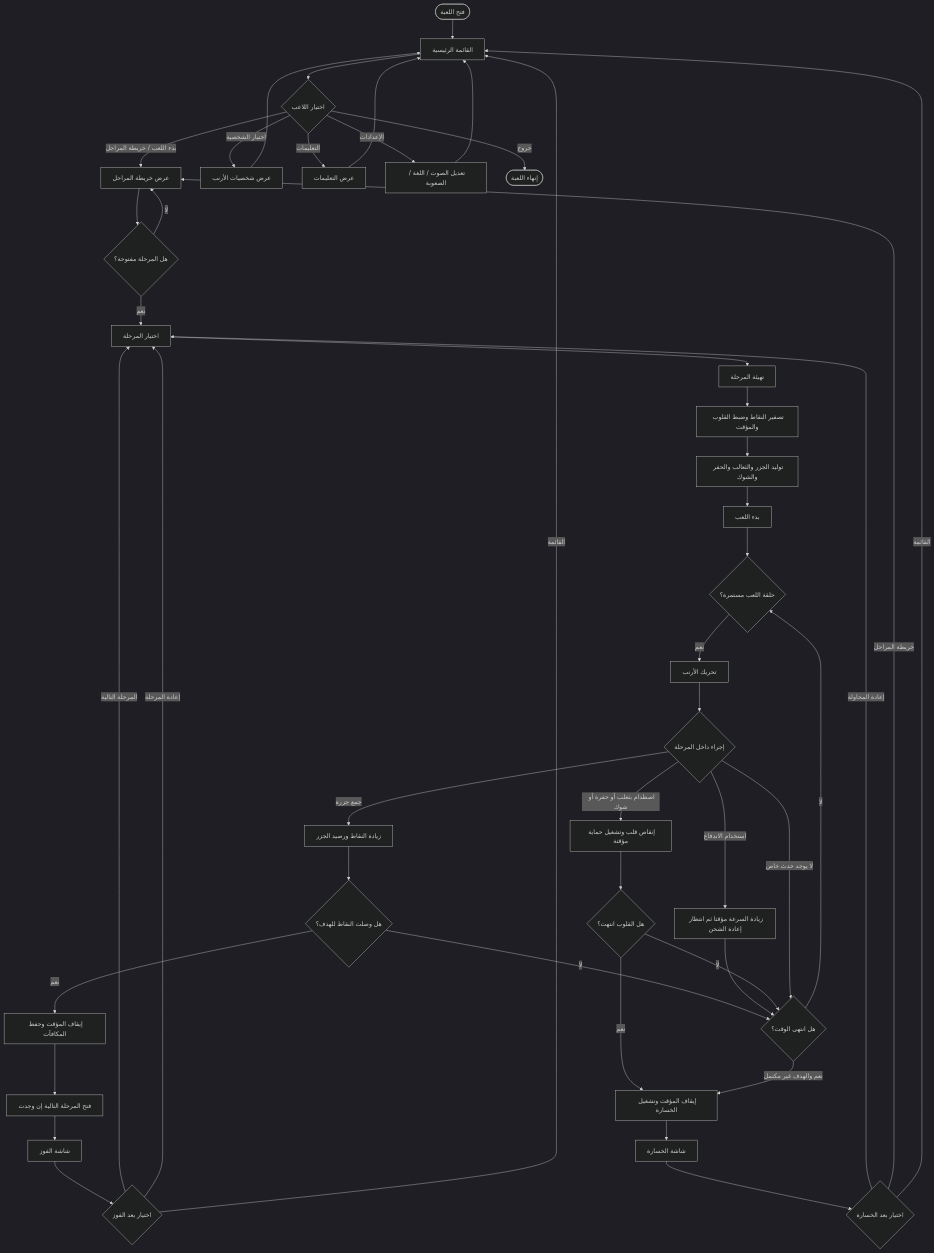
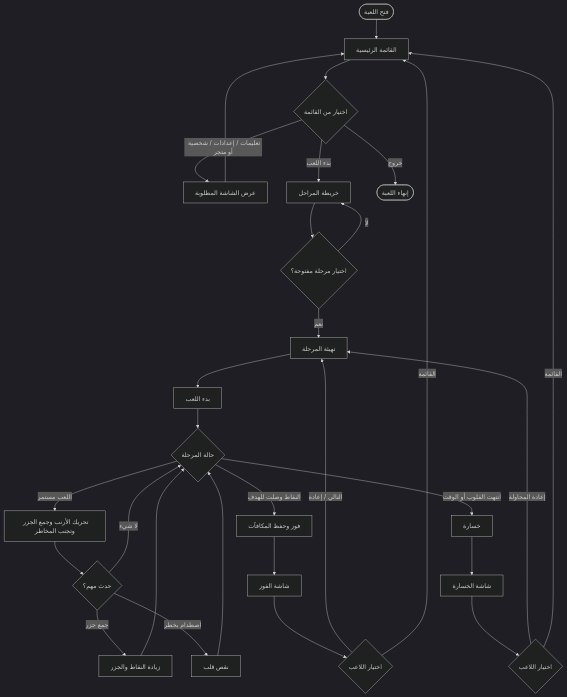
Before and after one commit to hamzabasem900-source/RUBBY: the first of 2 diagrams in ACTIVITY_DIAGRAM_AR.md, drawn with Mermaid (dark theme). The commit also changed other lines of this file, not shown here.

Commit message:
Simplify Arabic activity diagram

````diff
--- a/ACTIVITY_DIAGRAM_AR.md
+++ b/ACTIVITY_DIAGRAM_AR.md
@@ -23,59 +18,39 @@
 ```mermaid
 flowchart TD
     A([فتح اللعبة]) --> B[القائمة الرئيسية]
 
-    B --> C{اختيار اللاعب}
-    C -->|بدء اللعب / خريطة المراحل| D[عرض خريطة المراحل]
-    C -->|اختيار الشخصية| E[عرض شخصيات الأرنب]
-    C -->|التعليمات| F[عرض التعليمات]
-    C -->|الإعدادات| G[تعديل الصوت / اللغة / الصعوبة]
+    B --> C{اختيار من القائمة}
+    C -->|تعليمات / إعدادات / شخصية أو متجر| D[عرض الشاشة المطلوبة]
+    D --> B
+    C -->|بدء اللعب| E[خريطة المراحل]
     C -->|خروج| Z([إنهاء اللعبة])
 
-    E --> B
-    F --> B
-    G --> B
+    E --> F{اختيار مرحلة مفتوحة؟}
+    F -->|لا| E
+    F -->|نعم| G[تهيئة المرحلة]
 
-    D --> H{هل المرحلة مفتوحة؟}
-    H -->|لا| D
-    H -->|نعم| I[اختيار المرحلة]
+    G --> H[بدء اللعب]
+    H --> I{حالة المرحلة}
 
-    I --> J[تهيئة المرحلة]
-    J --> J1[تصفير النقاط وضبط القلوب والمؤقت]
-    J1 --> J2[توليد الجزر والثعالب والحفر والشوك]
-    J2 --> K[بدء اللعب]
+    I -->|اللعب مستمر| J[تحريك الأرنب وجمع الجزر وتجنب المخاطر]
+    J --> K{حدث مهم؟}
+    K -->|جمع جزر| L[زيادة النقاط والجزر]
+    K -->|اصطدام بخطر| M[نقص قلب]
+    K -->|لا شيء| I
+    L --> I
+    M --> I
 
-    K --> L{حلقة اللعب مستمرة؟}
-    L -->|نعم| M[تحريك الأرنب]
-    M --> N{إجراء داخل المرحلة}
+    I -->|النقاط وصلت للهدف| N[فوز وحفظ المكافآت]
+    I -->|انتهت القلوب أو الوقت| O[خسارة]
 
-    N -->|جمع جزرة| O[زيادة النقاط ورصيد الجزر]
-    O --> P{هل وصلت النقاط للهدف؟}
-    P -->|نعم| W[إيقاف المؤقت وحفظ المكافآت]
-    P -->|لا| Q{هل انتهى الوقت؟}
+    N --> P[شاشة الفوز]
+    O --> Q[شاشة الخسارة]
 
-    N -->|استخدام الاندفاع| R[زيادة السرعة مؤقتا ثم انتظار إعادة الشحن]
-    R --> Q
+    P --> R{اختيار اللاعب}
+    R -->|التالي / إعادة| G
+    R -->|القائمة| B
 
-    N -->|اصطدام بثعلب أو حفرة أو شوك| S[إنقاص قلب وتشغيل حماية مؤقتة]
-    S --> T{هل القلوب انتهت؟}
-    T -->|نعم| X[إيقاف المؤقت وتشغيل الخسارة]
-    T -->|لا| Q
-
-    N -->|لا يوجد حدث خاص| Q
-
-    Q -->|نعم والهدف غير مكتمل| X
-    Q -->|لا| L
-
-    W --> Y[فتح المرحلة التالية إن وجدت]
-    Y --> AA[شاشة الفوز]
-    AA --> AB{اختيار بعد الفوز}
-    AB -->|المرحلة التالية| I
-    AB -->|إعادة المرحلة| I
-    AB -->|القائمة| B
-
-    X --> AC[شاشة الخسارة]
-    AC --> AD{اختيار بعد الخسارة}
-    AD -->|إعادة المحاولة| I
-    AD -->|خريطة المراحل| D
-    AD -->|القائمة| B
+    Q --> S{اختيار اللاعب}
+    S -->|إعادة المحاولة| G
+    S -->|القائمة| B
 ```
````
